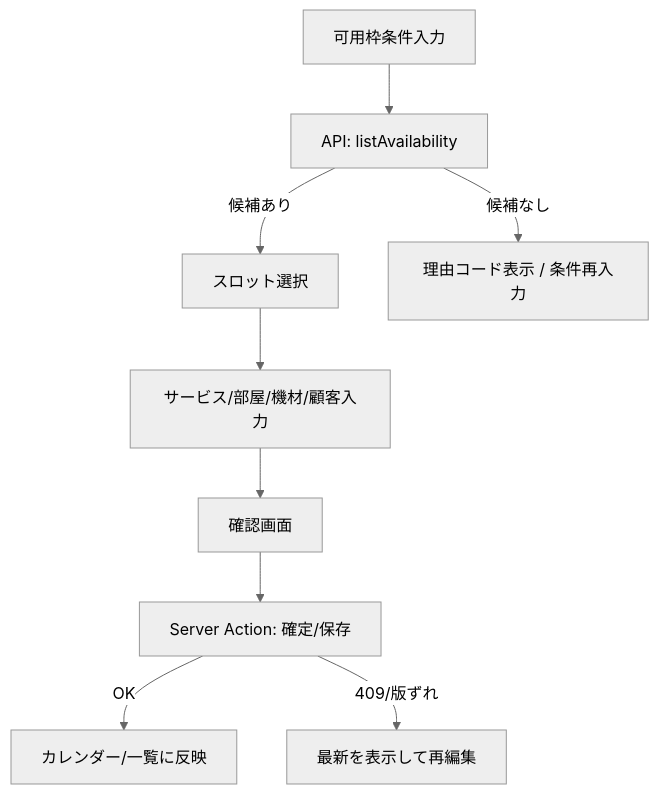
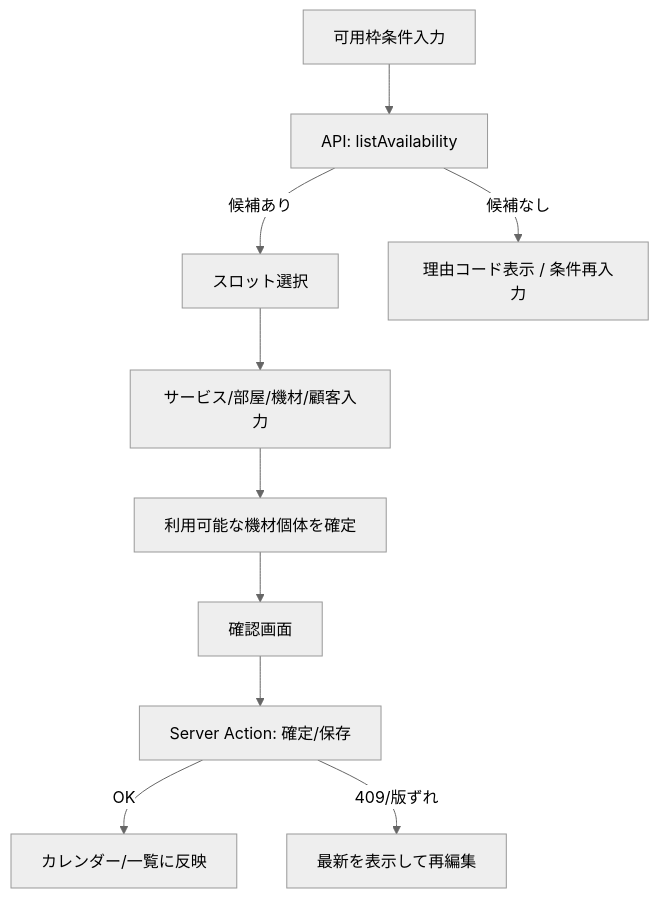
One commit to hira777/pulseboard changed the diagram in docs/overview/use-cases.md. Above: the diagram before and after it, drawn with Mermaid (neutral theme). The commit also changed other lines of this file and 14 other files, not shown here.

````diff
--- a/docs/overview/use-cases.md
+++ b/docs/overview/use-cases.md
@@ -29,11 +29,12 @@
 ```mermaid
 flowchart TD
   A["可用枠条件入力"] --> B["API: listAvailability"]
   B -->|候補あり| C["スロット選択"]
   B -->|候補なし| X["理由コード表示 / 条件再入力"]
   C --> D["サービス/部屋/機材/顧客入力"]
-  D --> F["確認画面"]
+  D --> E["利用可能な機材個体を確定"]
+  E --> F["確認画面"]
   F --> G["Server Action: 確定/保存"]
   G -->|OK| H["カレンダー/一覧に反映"]
   G -->|409/版ずれ| R["最新を表示して再編集"]
 ```
````
